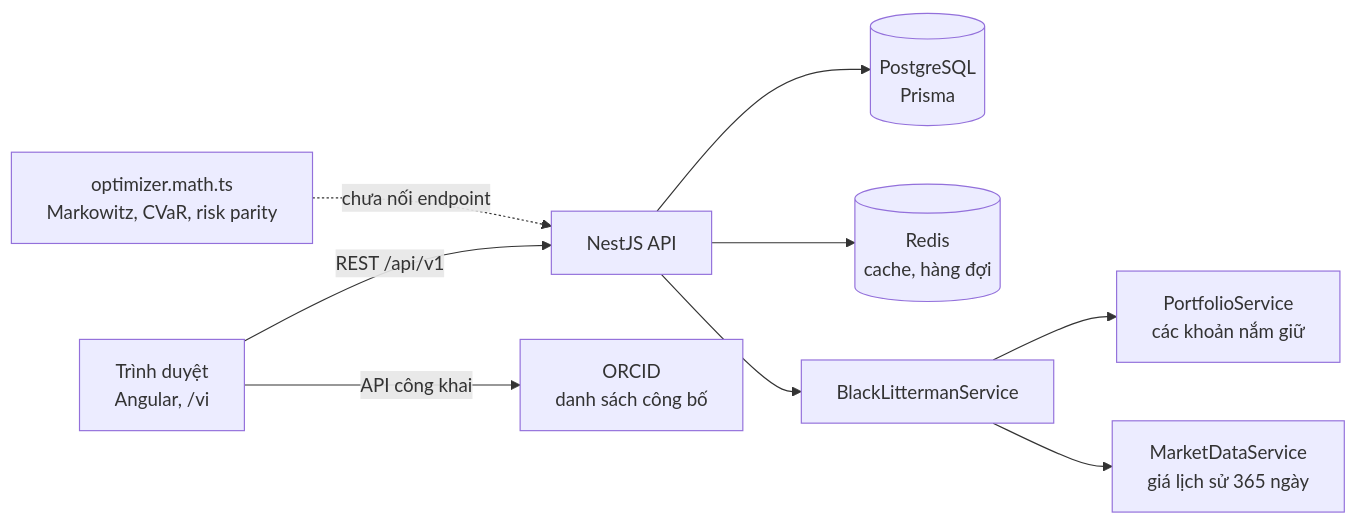
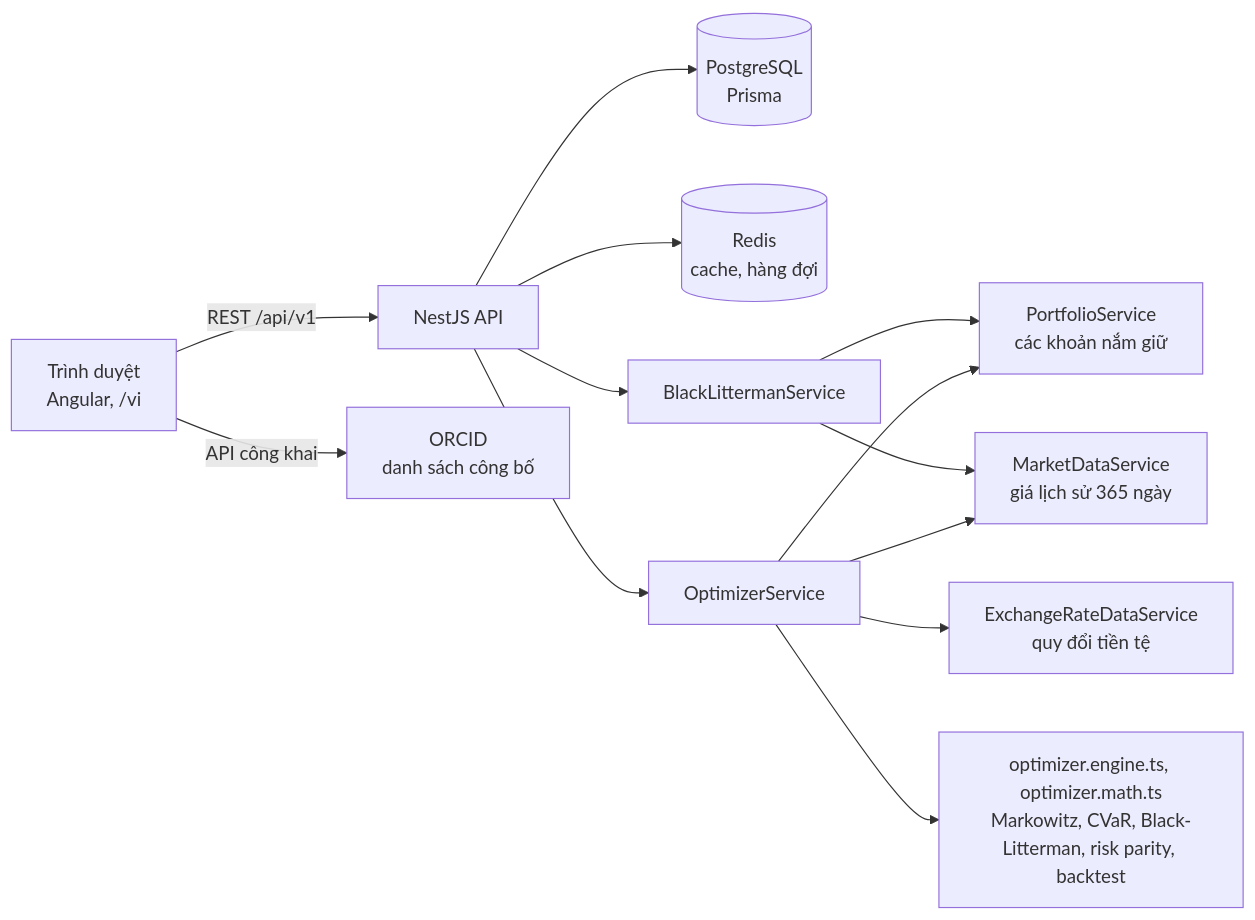
One commit to trungcandygit/TTTN_Nguyen_Van_Trung changed the diagram in README.md. Above: the diagram before and after it, drawn with Mermaid. The commit also changed other lines of this file and 31 other files, not shown here.

````diff
--- a/README.md
+++ b/README.md
@@ -76,11 +81,15 @@
 ```mermaid
 flowchart LR
     U[Trình duyệt<br/>Angular, /vi] -->|REST /api/v1| A[NestJS API]
     A --> P[(PostgreSQL<br/>Prisma)]
     A --> R[(Redis<br/>cache, hàng đợi)]
     A --> BL[BlackLittermanService]
+    A --> OS[OptimizerService]
     BL --> PS[PortfolioService<br/>các khoản nắm giữ]
     BL --> MD[MarketDataService<br/>giá lịch sử 365 ngày]
-    OPT[optimizer.math.ts<br/>Markowitz, CVaR, risk parity] -.->|chưa nối endpoint| A
+    OS --> PS
+    OS --> MD
+    OS --> FX[ExchangeRateDataService<br/>quy đổi tiền tệ]
+    OS --> ENG[optimizer.engine.ts, optimizer.math.ts<br/>Markowitz, CVaR, Black-Litterman, risk parity, backtest]
     U -->|API công khai| O[ORCID<br/>danh sách công bố]
 ```
````
